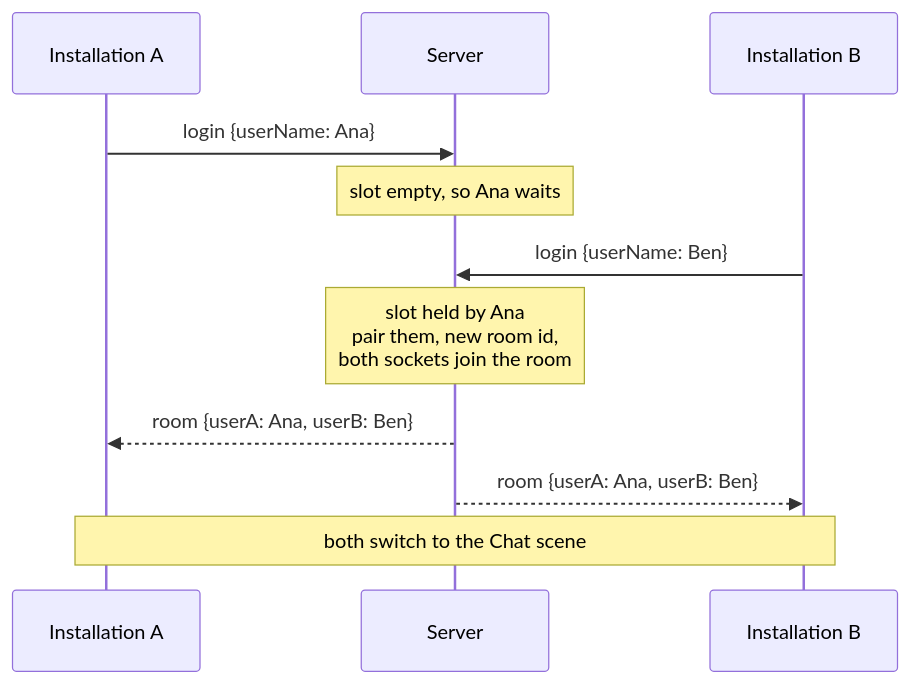
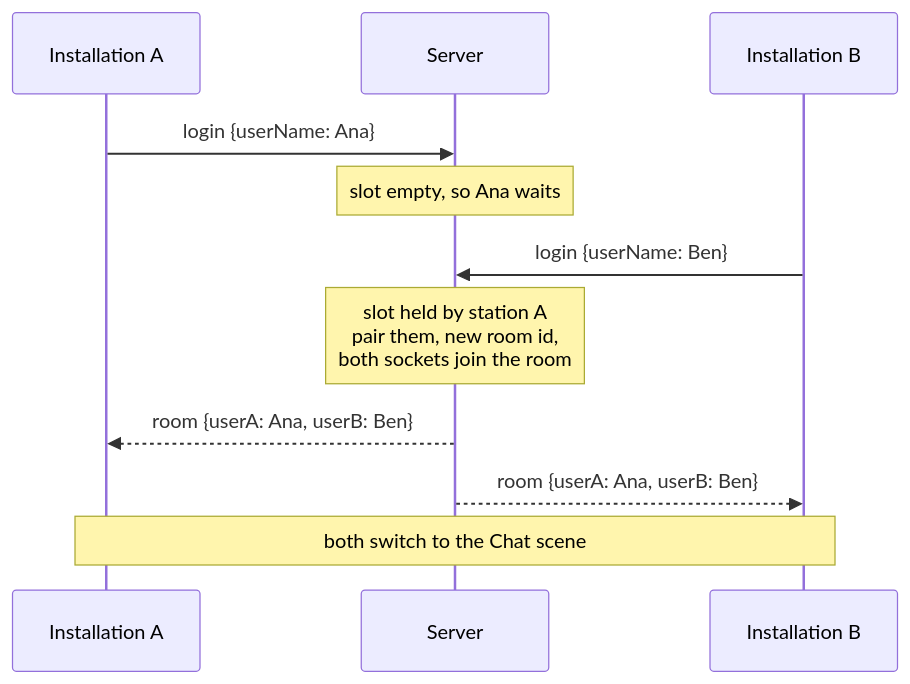
Before and after one commit to partyck/in-between-us: the third of 6 diagrams in architecture.md, drawn with Mermaid. The commit also changed other lines of this file and 3 other files, not shown here.

````diff
--- a/architecture.md
+++ b/architecture.md
@@ -203,13 +221,13 @@
 ```mermaid
 sequenceDiagram
     participant A as Installation A
     participant S as Server
     participant B as Installation B
     A->>S: login {userName: Ana}
     Note over S: slot empty, so Ana waits
     B->>S: login {userName: Ben}
-    Note over S: slot held by Ana<br/>pair them, new room id,<br/>both sockets join the room
+    Note over S: slot held by station A<br/>pair them, new room id,<br/>both sockets join the room
     S-->>A: room {userA: Ana, userB: Ben}
     S-->>B: room {userA: Ana, userB: Ben}
     Note over A,B: both switch to the Chat scene
 ```
````
